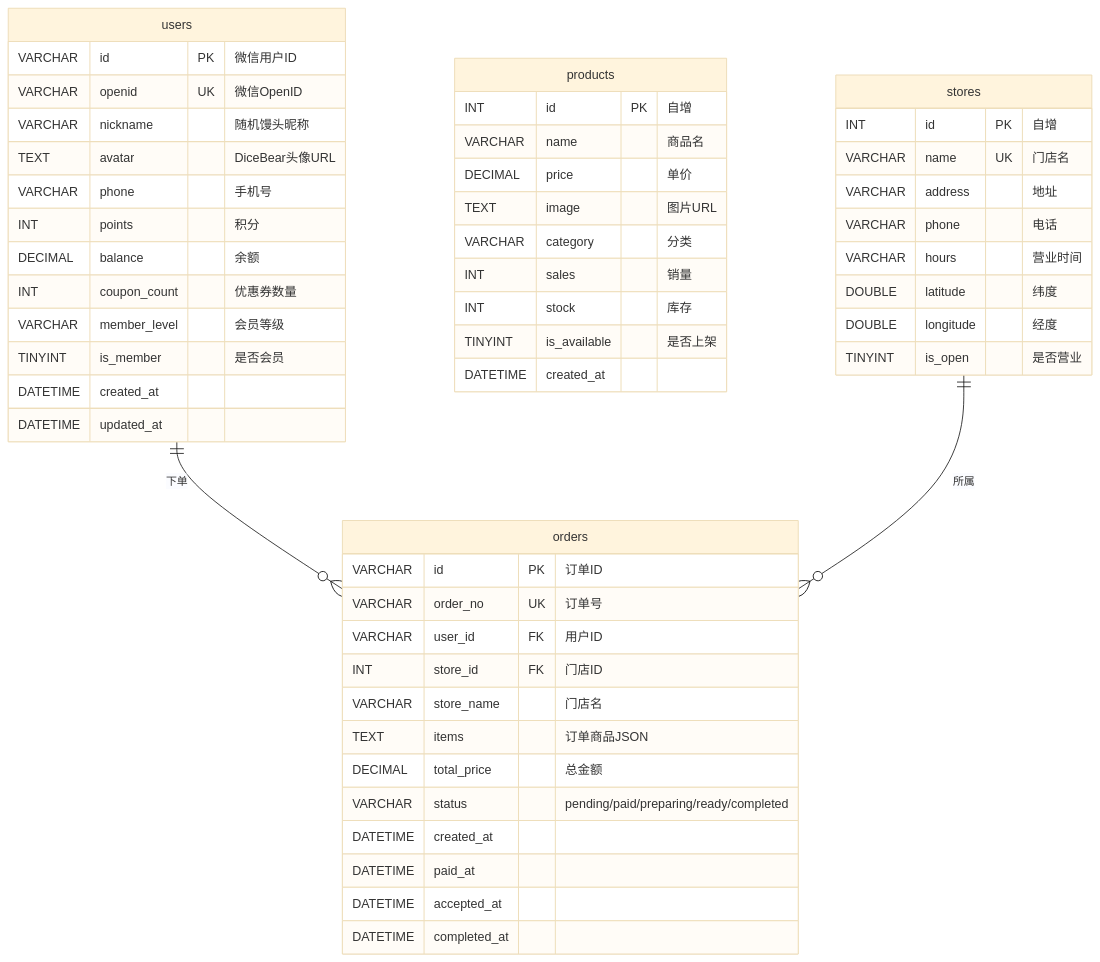
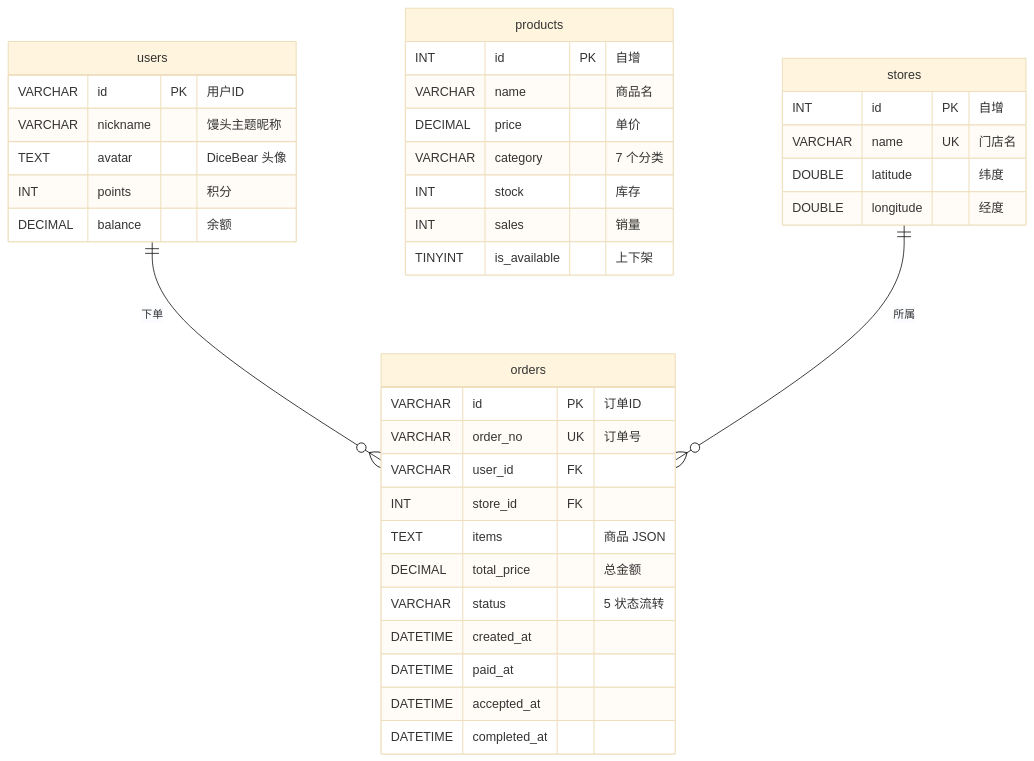
The second of 2 diagrams in README.md (zip-Wu/tasty_bakery), drawn with Mermaid (base theme) before and after one commit. The commit also changed other lines of this file, not shown here.

Commit message:
docs: 添加功能截图和演示GIF

````diff
--- a/README.md
+++ b/README.md
@@ -90,58 +80,44 @@
 ```mermaid
 erDiagram
     users {
-        VARCHAR id PK "微信用户ID"
-        VARCHAR openid UK "微信OpenID"
-        VARCHAR nickname "随机馒头昵称"
-        TEXT avatar "DiceBear头像URL"
-        VARCHAR phone "手机号"
+        VARCHAR id PK "用户ID"
+        VARCHAR nickname "馒头主题昵称"
+        TEXT avatar "DiceBear 头像"
         INT points "积分"
         DECIMAL balance "余额"
-        INT coupon_count "优惠券数量"
-        VARCHAR member_level "会员等级"
-        TINYINT is_member "是否会员"
-        DATETIME created_at
-        DATETIME updated_at
     }
 
     products {
         INT id PK "自增"
         VARCHAR name "商品名"
         DECIMAL price "单价"
-        TEXT image "图片URL"
-        VARCHAR category "分类"
+        VARCHAR category "7 个分类"
+        INT stock "库存"
         INT sales "销量"
-        INT stock "库存"
-        TINYINT is_available "是否上架"
-        DATETIME created_at
+        TINYINT is_available "上下架"
     }
 
     stores {
         INT id PK "自增"
         VARCHAR name UK "门店名"
-        VARCHAR address "地址"
-        VARCHAR phone "电话"
-        VARCHAR hours "营业时间"
         DOUBLE latitude "纬度"
         DOUBLE longitude "经度"
-        TINYINT is_open "是否营业"
     }
 
     orders {
         VARCHAR id PK "订单ID"
         VARCHAR order_no UK "订单号"
-        VARCHAR user_id FK "用户ID"
-        INT store_id FK "门店ID"
-        VARCHAR store_name "门店名"
-        TEXT items "订单商品JSON"
+        VARCHAR user_id FK
+        INT store_id FK
+        TEXT items "商品 JSON"
         DECIMAL total_price "总金额"
-        VARCHAR status "pending/paid/preparing/ready/completed"
+        VARCHAR status "5 状态流转"
         DATETIME created_at
         DATETIME paid_at
         DATETIME accepted_at
         DATETIME completed_at
     }
 
     users ||--o{ orders : "下单"
     stores ||--o{ orders : "所属"
 ```
````
